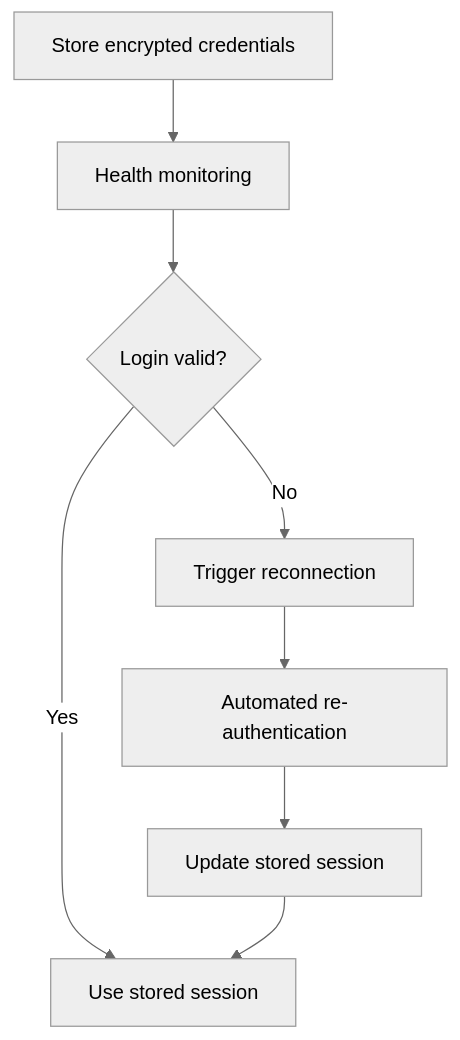
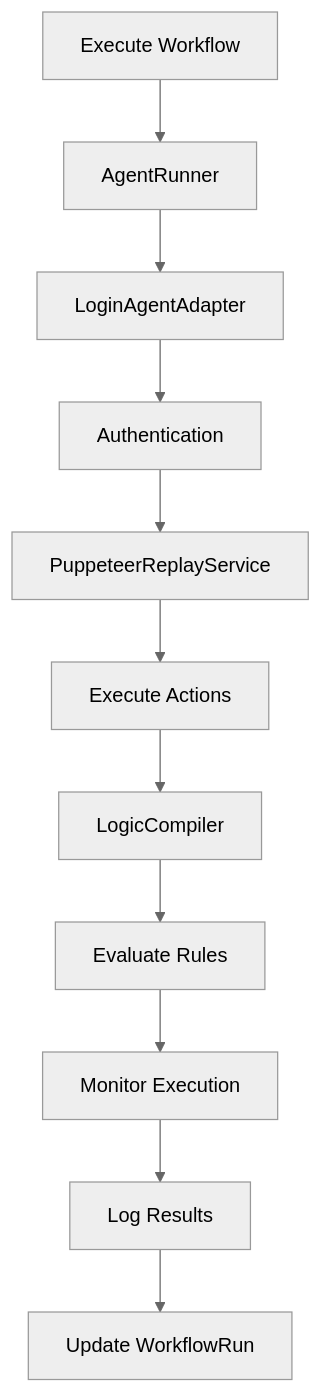
Before and after one commit to richvergo/subtract: the ninth of 11 diagrams in ARCHITECTURE.md, drawn with Mermaid (neutral theme). The commit also changed other lines of this file and 148 other files, not shown here.

````diff
--- a/ARCHITECTURE.md
+++ b/ARCHITECTURE.md
@@ -118,10 +357,13 @@
 ```mermaid
 graph TD
-    A[Store encrypted credentials] --> B[Health monitoring]
-    B --> C{Login valid?}
-    C -->|Yes| D[Use stored session]
-    C -->|No| E[Trigger reconnection]
-    E --> F[Automated re-authentication]
-    F --> G[Update stored session]
-    G --> D
+    A[Execute Workflow] --> B[AgentRunner]
+    B --> C[LoginAgentAdapter]
+    C --> D[Authentication]
+    D --> E[PuppeteerReplayService]
+    E --> F[Execute Actions]
+    F --> G[LogicCompiler]
+    G --> H[Evaluate Rules]
+    H --> I[Monitor Execution]
+    I --> J[Log Results]
+    J --> K[Update WorkflowRun]
 ```
````
